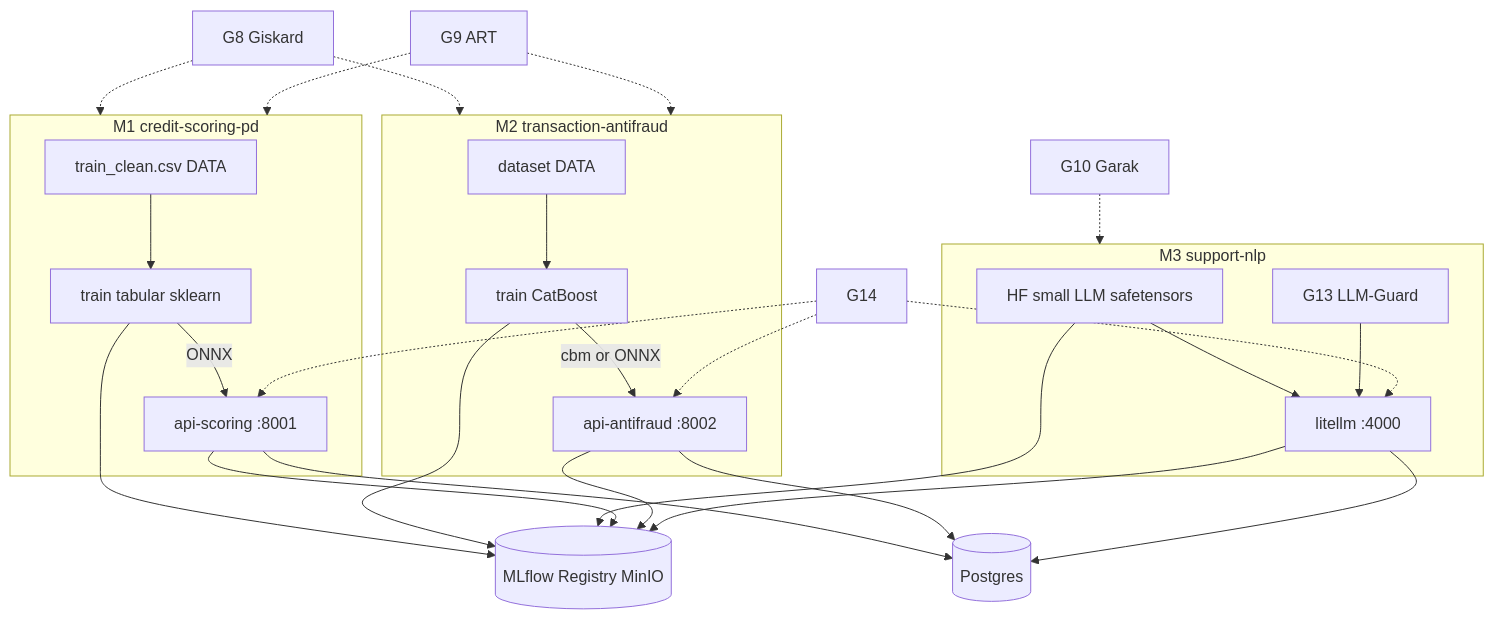
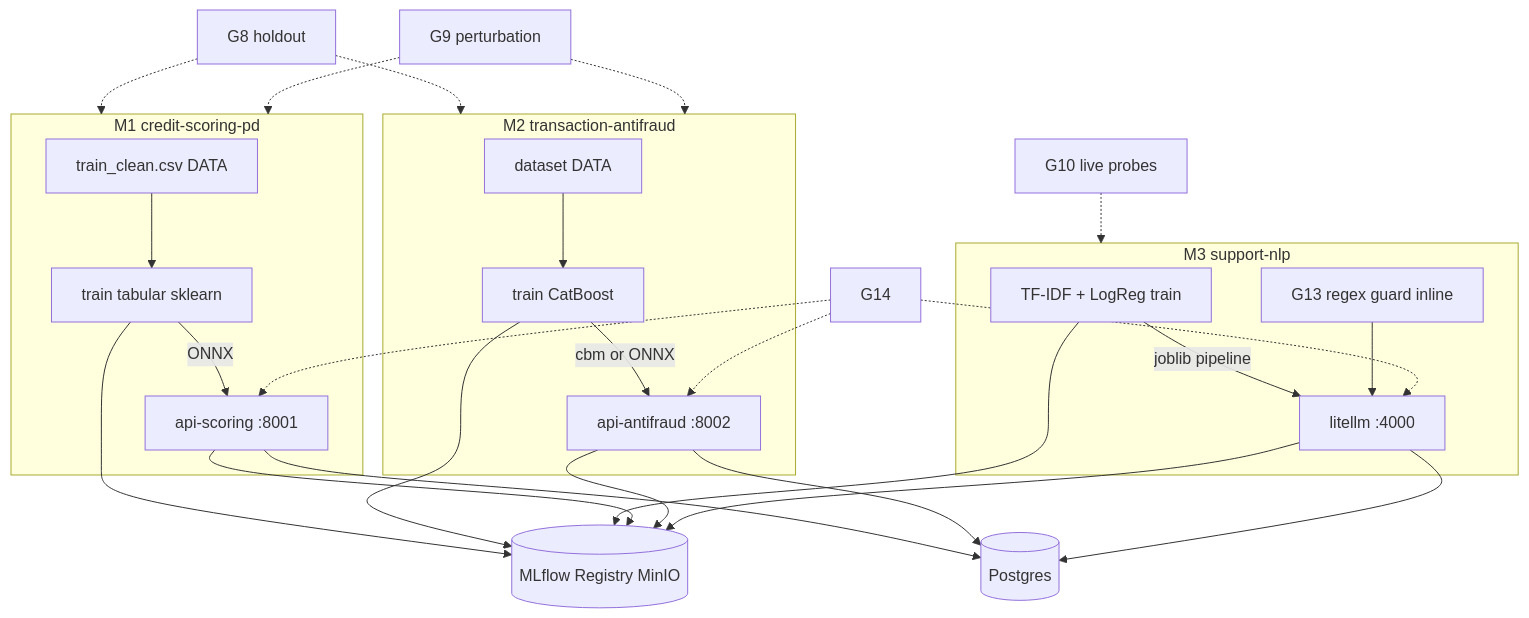
Diagram 11 of 15 in docs/architecture_full.md (Ermakov764/Alfa_bank_MLSecOps), drawn with Mermaid before and after one commit. The commit also changed other lines of this file and 10 other files, not shown here.

First line of the commit message:
docs: sync architecture and guides with current Docker stack

````diff
--- a/docs/architecture_full.md
+++ b/docs/architecture_full.md
@@ -490,38 +489,38 @@
 ```mermaid
 flowchart TB
   subgraph M1 [M1 credit-scoring-pd]
     D1[train_clean.csv DATA]
     T1[train tabular sklearn]
     A1[api-scoring :8001]
     D1 --> T1
     T1 -->|ONNX| A1
   end
 
   subgraph M2 [M2 transaction-antifraud]
     D2[dataset DATA]
     T2[train CatBoost]
     A2[api-antifraud :8002]
     D2 --> T2
     T2 -->|cbm or ONNX| A2
   end
 
   subgraph M3 [M3 support-nlp]
-    HF[HF small LLM safetensors]
+    T3[TF-IDF + LogReg train]
     L3[litellm :4000]
-    G13[G13 LLM-Guard]
-    HF --> L3
+    G13[G13 regex guard inline]
+    T3 -->|joblib pipeline| L3
     G13 --> L3
   end
 
   MLF[(MLflow Registry MinIO)]
   PG[(Postgres)]
 
-  T1 & T2 & HF --> MLF
+  T1 & T2 & T3 --> MLF
   A1 & A2 & L3 --> MLF
   A1 & A2 & L3 --> PG
 
-  G8[G8 Giskard] -.-> M1 & M2
-  G9[G9 ART] -.-> M1 & M2
-  G10[G10 Garak] -.-> M3
+  G8[G8 holdout] -.-> M1 & M2
+  G9[G9 perturbation] -.-> M1 & M2
+  G10[G10 live probes] -.-> M3
   G14[G14] -.-> A1 & A2 & L3
 ```
````
